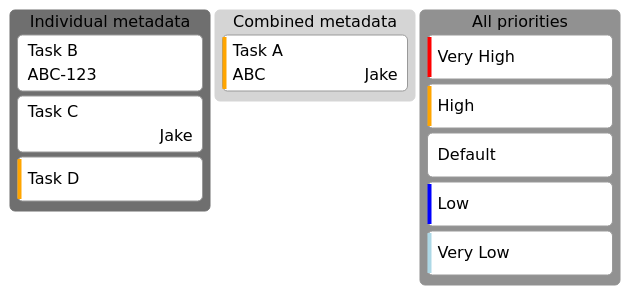
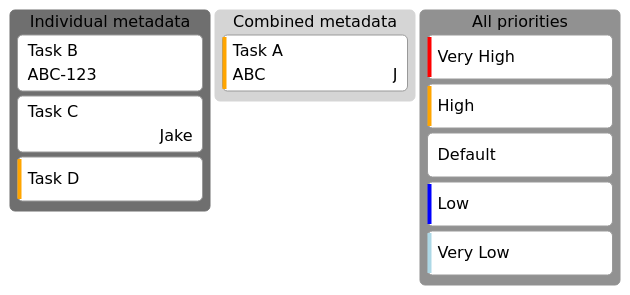
Diagram 19 of 21 in readme.md (JakeSteam/Mermaid), drawn with Mermaid (neutral theme) before and after one commit. The commit also changed other lines of this file, not shown here.

````diff
--- a/readme.md
+++ b/readme.md
@@ -564,15 +564,15 @@
 ```mermaid
 kanban
     Individual metadata
         Task B@{ ticket: ABC-123 }
         Task C@{ assigned: 'Jake' }
         Task D@{ priority: 'High' }
     Combined metadata
-        Task A@{ ticket: ABC, assigned: 'Jake', priority: 'High' }
+        Task A@{ ticket: ABC, assigned: 'J', priority: 'High' }
     All priorities
         Very High@{ priority: 'Very High' }
         High@{ priority: 'High' }
         Default
         Low@{ priority: 'Low' }
         Very Low@{ priority: 'Very Low' }
 ```
````
